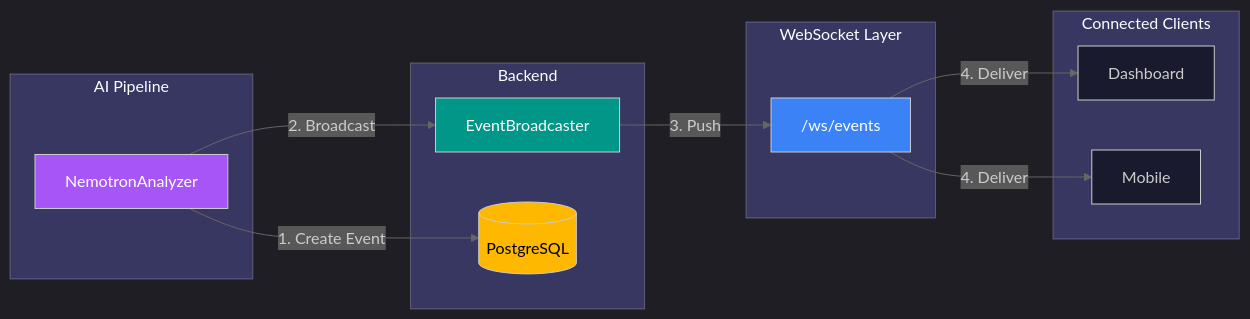
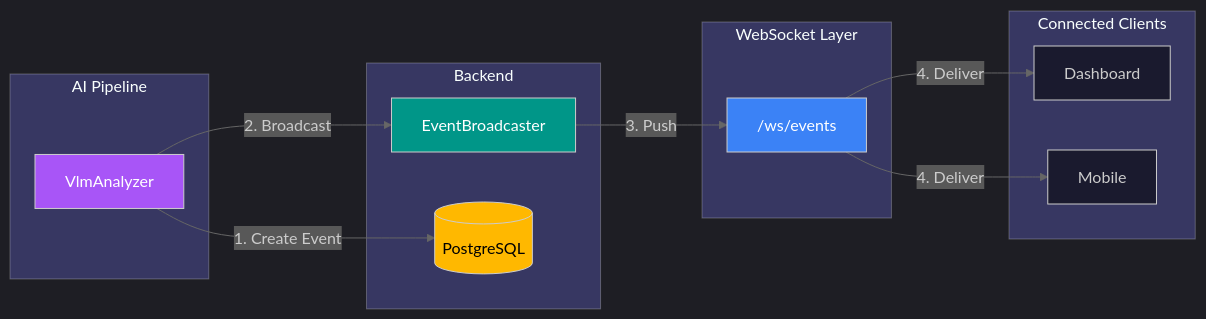
Before and after one commit to mikesvoboda/nemotron-v3-home-security-intelligence: the third of 5 diagrams in docs/developer/api/realtime.md, drawn with Mermaid. The commit also changed 231 other files, not shown here.

````diff
--- a/docs/developer/api/realtime.md
+++ b/docs/developer/api/realtime.md
@@ -329,44 +329,44 @@
 ```mermaid
 %%{init: {
   'theme': 'dark',
   'themeVariables': {
     'primaryColor': '#3B82F6',
     'primaryTextColor': '#FFFFFF',
     'primaryBorderColor': '#60A5FA',
     'secondaryColor': '#A855F7',
     'tertiaryColor': '#009688',
     'background': '#121212',
     'mainBkg': '#1a1a2e',
     'lineColor': '#666666'
   }
 }}%%
 flowchart LR
     subgraph AI["AI Pipeline"]
-        NA[NemotronAnalyzer]
+        NA[VlmAnalyzer]
     end
 
     subgraph Backend["Backend"]
         EB[EventBroadcaster]
         DB[(PostgreSQL)]
     end
 
     subgraph WebSocket["WebSocket Layer"]
         WS["/ws/events"]
     end
 
     subgraph Clients["Connected Clients"]
         C1[Dashboard]
         C2[Mobile]
     end
 
     NA -->|1. Create Event| DB
     NA -->|2. Broadcast| EB
     EB -->|3. Push| WS
     WS -->|4. Deliver| C1
     WS -->|4. Deliver| C2
 
     style NA fill:#A855F7,color:#fff
     style EB fill:#009688,color:#fff
     style WS fill:#3B82F6,color:#fff
     style DB fill:#FFB800,color:#000
 ```
````
